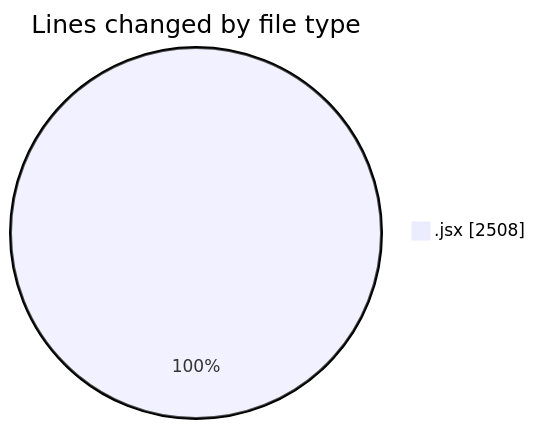
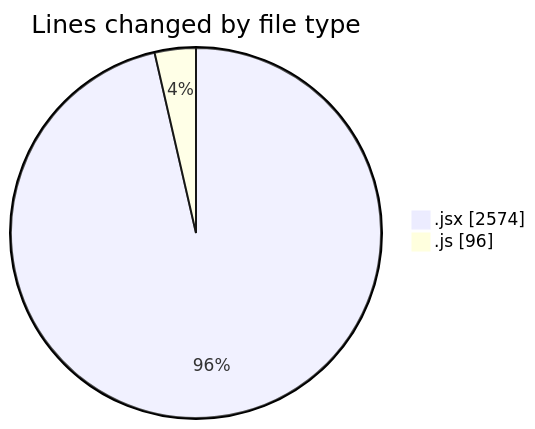
Before and after one commit to nxtqubesakshisongat/code-tracking: the first of 2 diagrams in 2025-08-01/nxtqube_webapp/README.md, drawn with Mermaid. The commit also changed other lines of this file and 1 other file, not shown here.

````diff
--- a/2025-08-01/nxtqube_webapp/README.md
+++ b/2025-08-01/nxtqube_webapp/README.md
@@ -27,5 +28,6 @@
 ```mermaid
 pie showData
 title Lines changed by file type
-".jsx" : 2508
+".jsx" : 2574
+".js" : 96
 ```
````
